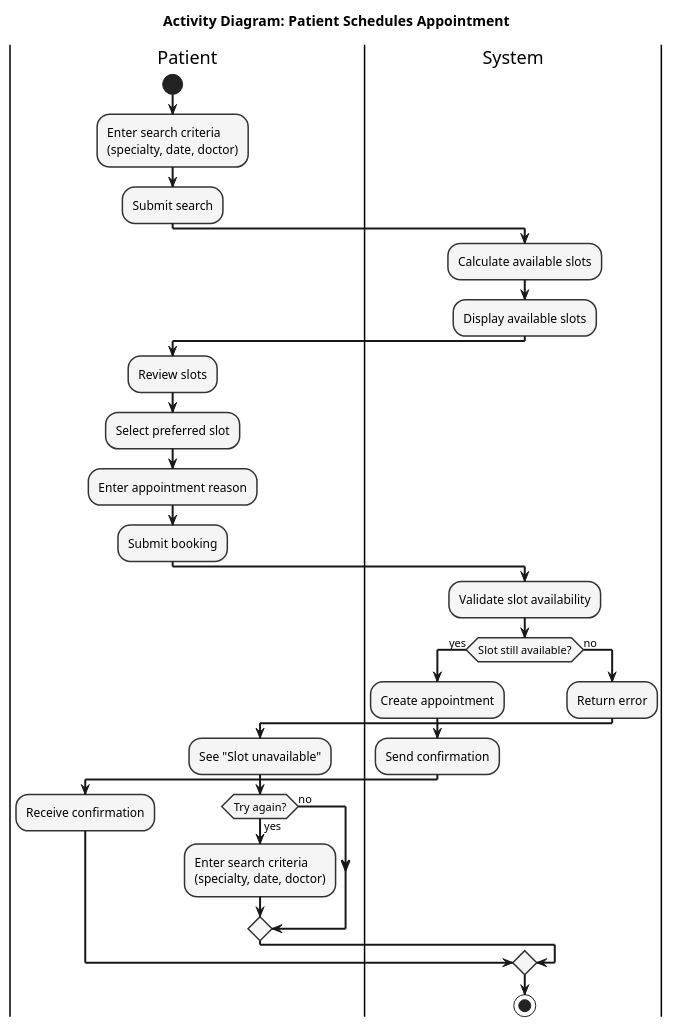
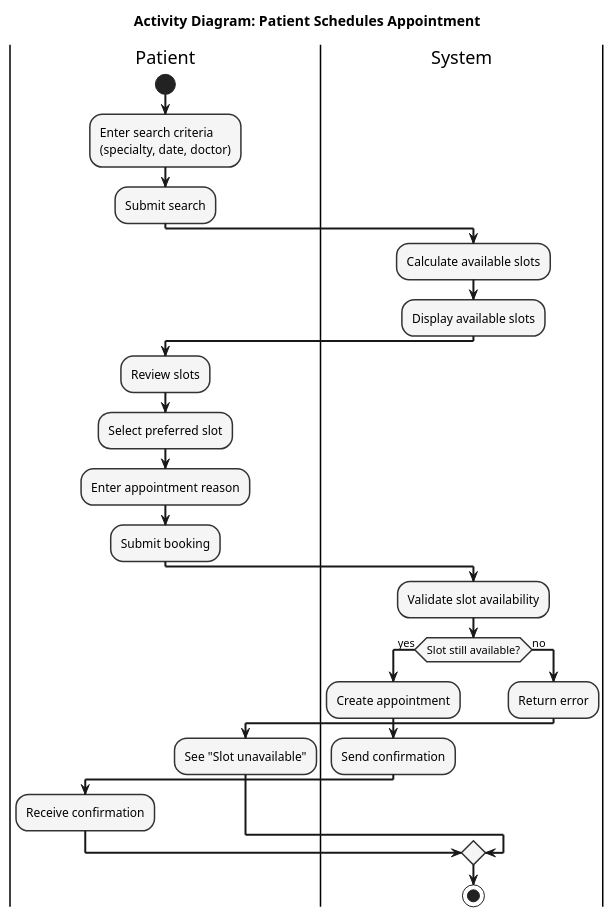
One commit to arcctg/labs_kpi changed the diagram in lab4/activity_diagram_3.puml. Above: the diagram before and after it, drawn with PlantUML. The commit also changed 1 other file, not shown here.

Commit message:
Add BPMN diagram for Conduction of an Appointment and remove the retry option from the patient activity diagram

```diff
--- a/lab4/activity_diagram_3.puml
+++ b/lab4/activity_diagram_3.puml
@@ -1,51 +1,46 @@
 @startuml
 title Activity Diagram: Patient Schedules Appointment
 
 skinparam activityDiamondBackgroundColor #EFEFEF
 skinparam activityBackgroundColor #F5F5F5
 skinparam activityBorderColor #333333
 skinparam activityBorderThickness 1.5
 skinparam activityArrowThickness 2
 
 |Patient|
 start
 :Enter search criteria
 (specialty, date, doctor);
 :Submit search;
 
 |System|
 :Calculate available slots;
 :Display available slots;
 
 |Patient|
 :Review slots;
 :Select preferred slot;
 :Enter appointment reason;
 :Submit booking;
 
 |System|
 :Validate slot availability;
 
 if (Slot still available?) then (yes)
   :Create appointment;
   :Send confirmation;
 
   |Patient|
   :Receive confirmation;
 else (no)
   |System|
   :Return error;
 
   |Patient|
   :See "Slot unavailable";
 
-  if (Try again?) then (yes)
-    :Enter search criteria
-    (specialty, date, doctor);
-  else (no)
-  endif
 endif
 |System|
 Stop
 
 @enduml
```
